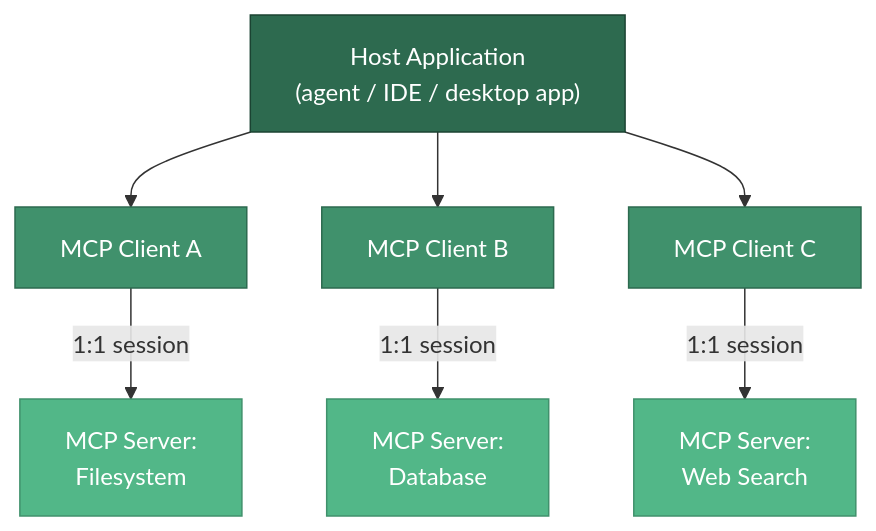
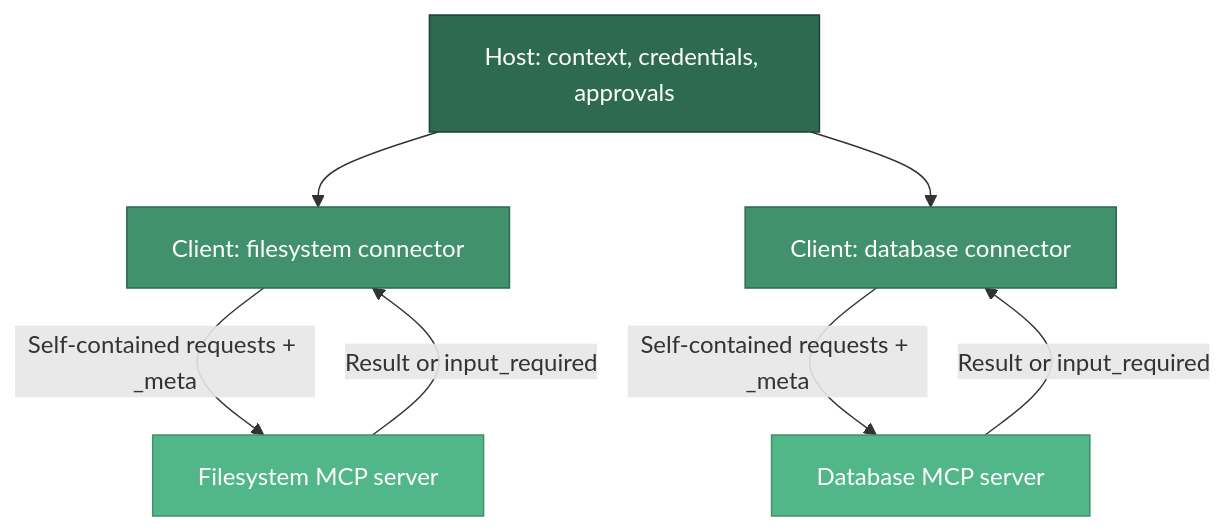
One commit to spawn08/agentic-ai-interview-kit changed the first of 3 diagrams in docs/core-concepts/model-context-protocol.md. Above: the diagram before and after it, drawn with Mermaid. The commit also changed other lines of this file and 150 other files, not shown here.

````diff
--- a/docs/core-concepts/model-context-protocol.md
+++ b/docs/core-concepts/model-context-protocol.md
@@ -17,19 +24,15 @@
 ```mermaid
 graph TD
-    Host["Host Application\n(agent / IDE / desktop app)"]
-    Host --> C1["MCP Client A"]
-    Host --> C2["MCP Client B"]
-    Host --> C3["MCP Client C"]
-
-    C1 -->|"1:1 session"| S1["MCP Server:\nFilesystem"]
-    C2 -->|"1:1 session"| S2["MCP Server:\nDatabase"]
-    C3 -->|"1:1 session"| S3["MCP Server:\nWeb Search"]
-
+    Host["Host: context, credentials, approvals"]
+    Host --> C1["Client: filesystem connector"]
+    Host --> C2["Client: database connector"]
+    C1 -->|"Self-contained requests + _meta"| S1["Filesystem MCP server"]
+    C2 -->|"Self-contained requests + _meta"| S2["Database MCP server"]
+    S1 -->|"Result or input_required"| C1
+    S2 -->|"Result or input_required"| C2
     style Host fill:#2d6a4f,stroke:#1b4332,color:#fff
     style C1 fill:#40916c,stroke:#2d6a4f,color:#fff
     style C2 fill:#40916c,stroke:#2d6a4f,color:#fff
-    style C3 fill:#40916c,stroke:#2d6a4f,color:#fff
     style S1 fill:#52b788,stroke:#40916c,color:#fff
     style S2 fill:#52b788,stroke:#40916c,color:#fff
-    style S3 fill:#52b788,stroke:#40916c,color:#fff
 ```
````
